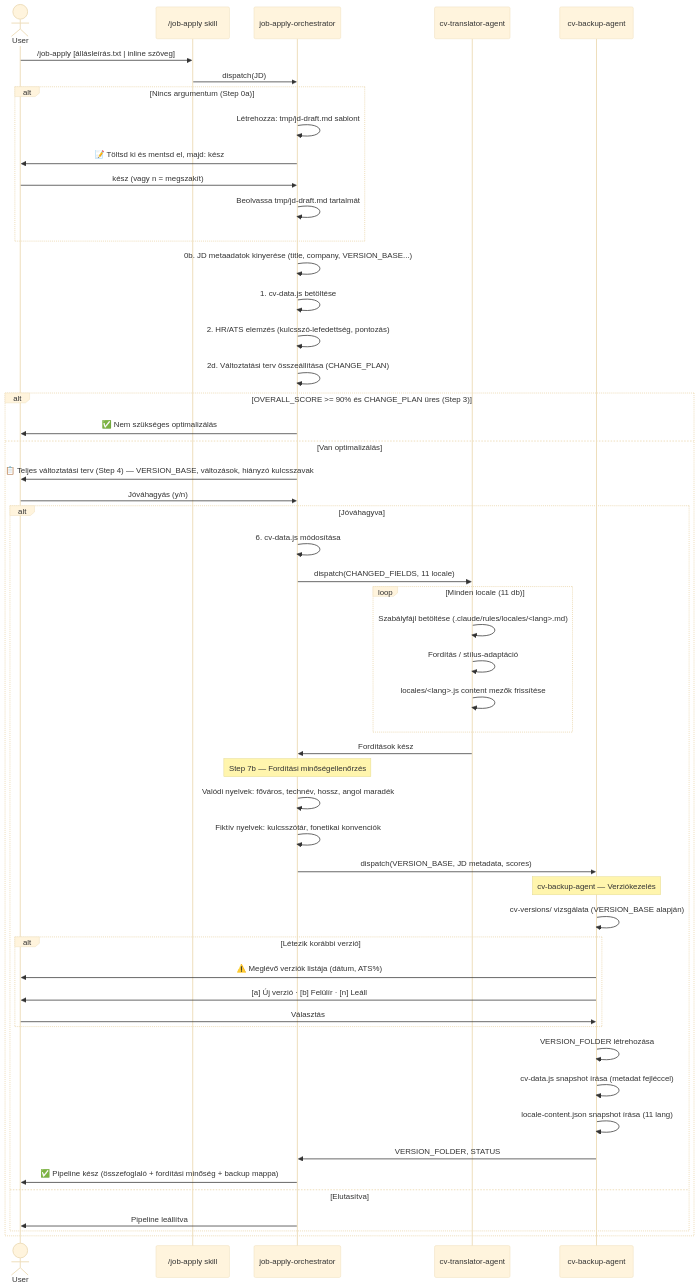
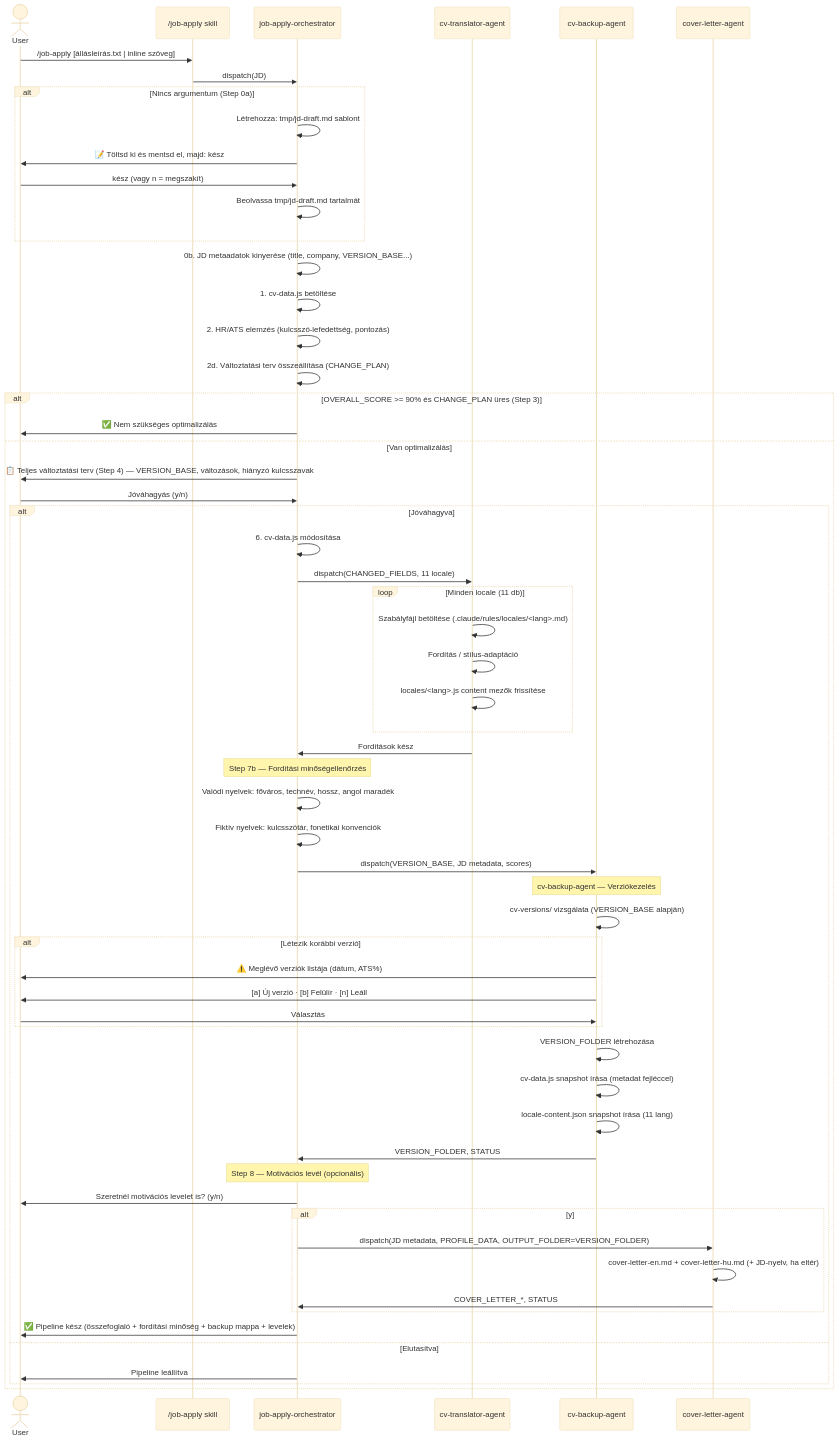
One commit to exphoenee/CV changed the second of 4 diagrams in devdocs/ai-workflow.md. Above: the diagram before and after it, drawn with Mermaid (base theme). The commit also changed other lines of this file and 5 other files, not shown here.

````diff
--- a/devdocs/ai-workflow.md
+++ b/devdocs/ai-workflow.md
@@ -123,67 +111,76 @@
 ```mermaid
 sequenceDiagram
     actor User
     participant JA as /job-apply skill
     participant JAO as job-apply-orchestrator
     participant CTA as cv-translator-agent
     participant CBA as cv-backup-agent
+    participant CLA as cover-letter-agent
 
     User->>JA: /job-apply [állásleírás.txt | inline szöveg]
     JA->>JAO: dispatch(JD)
 
     alt Nincs argumentum (Step 0a)
         JAO->>JAO: Létrehozza: tmp/jd-draft.md sablont
         JAO->>User: 📝 Töltsd ki és mentsd el, majd: kész
         User->>JAO: kész (vagy n = megszakít)
         JAO->>JAO: Beolvassa tmp/jd-draft.md tartalmát
     end
 
     JAO->>JAO: 0b. JD metaadatok kinyerése (title, company, VERSION_BASE...)
     JAO->>JAO: 1. cv-data.js betöltése
     JAO->>JAO: 2. HR/ATS elemzés (kulcsszó-lefedettség, pontozás)
     JAO->>JAO: 2d. Változtatási terv összeállítása (CHANGE_PLAN)
 
     alt OVERALL_SCORE >= 90% és CHANGE_PLAN üres (Step 3)
         JAO->>User: ✅ Nem szükséges optimalizálás
     else Van optimalizálás
         JAO->>User: 📋 Teljes változtatási terv (Step 4) — VERSION_BASE, változások, hiányzó kulcsszavak
         User->>JAO: Jóváhagyás (y/n)
 
         alt Jóváhagyva
             JAO->>JAO: 6. cv-data.js módosítása
             JAO->>CTA: dispatch(CHANGED_FIELDS, 11 locale)
 
             loop Minden locale (11 db)
                 CTA->>CTA: Szabályfájl betöltése (.claude/rules/locales/<lang>.md)
                 CTA->>CTA: Fordítás / stílus-adaptáció
                 CTA->>CTA: locales/<lang>.js content mezők frissítése
             end
 
             CTA->>JAO: Fordítások kész
 
             Note over JAO: Step 7b — Fordítási minőségellenőrzés
             JAO->>JAO: Valódi nyelvek: főváros, technév, hossz, angol maradék
             JAO->>JAO: Fiktív nyelvek: kulcsszótár, fonetikai konvenciók
 
             JAO->>CBA: dispatch(VERSION_BASE, JD metadata, scores)
 
             Note over CBA: cv-backup-agent — Verziókezelés
             CBA->>CBA: cv-versions/ vizsgálata (VERSION_BASE alapján)
 
             alt Létezik korábbi verzió
                 CBA->>User: ⚠️ Meglévő verziók listája (dátum, ATS%)
                 CBA->>User: [a] Új verzió · [b] Felülír · [n] Leáll
                 User->>CBA: Választás
             end
 
             CBA->>CBA: VERSION_FOLDER létrehozása
             CBA->>CBA: cv-data.js snapshot írása (metadat fejléccel)
             CBA->>CBA: locale-content.json snapshot írása (11 lang)
             CBA->>JAO: VERSION_FOLDER, STATUS
 
-            JAO->>User: ✅ Pipeline kész (összefoglaló + fordítási minőség + backup mappa)
+            Note over JAO: Step 8 — Motivációs levél (opcionális)
+            JAO->>User: Szeretnél motivációs levelet is? (y/n)
+            alt y
+                JAO->>CLA: dispatch(JD metadata, PROFILE_DATA, OUTPUT_FOLDER=VERSION_FOLDER)
+                CLA->>CLA: cover-letter-en.md + cover-letter-hu.md (+ JD-nyelv, ha eltér)
+                CLA->>JAO: COVER_LETTER_*, STATUS
+            end
+
+            JAO->>User: ✅ Pipeline kész (összefoglaló + fordítási minőség + backup mappa + levelek)
         else Elutasítva
             JAO->>User: Pipeline leállítva
         end
     end
 ```
````
